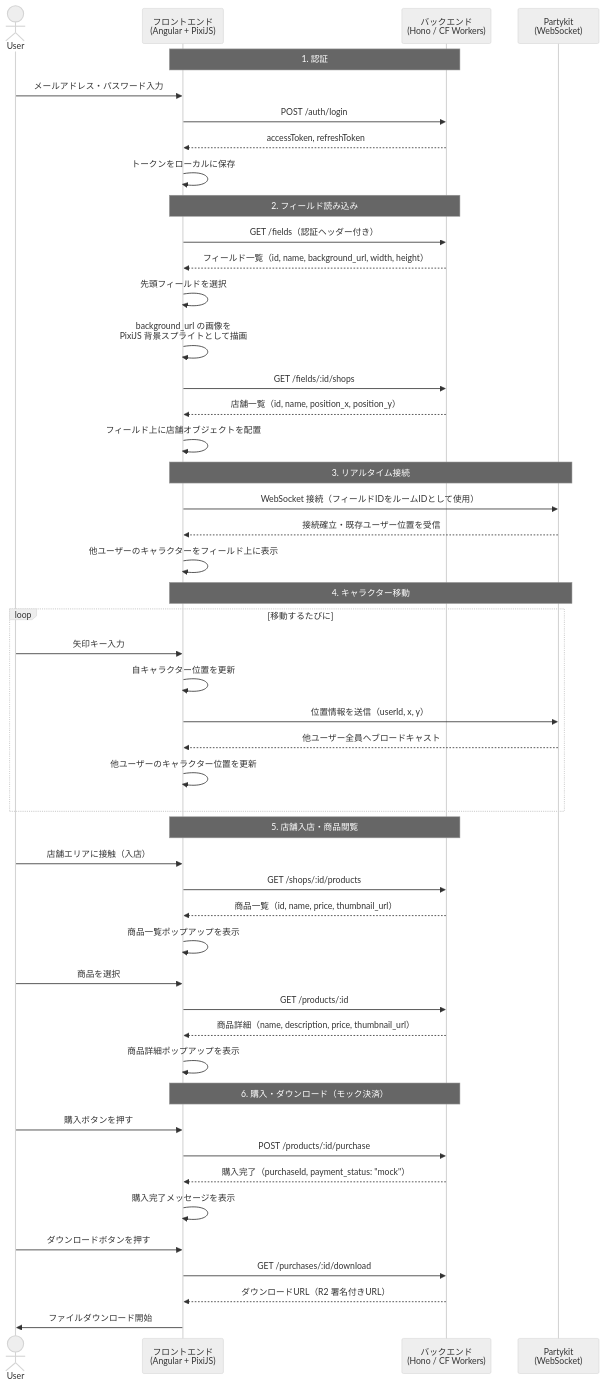
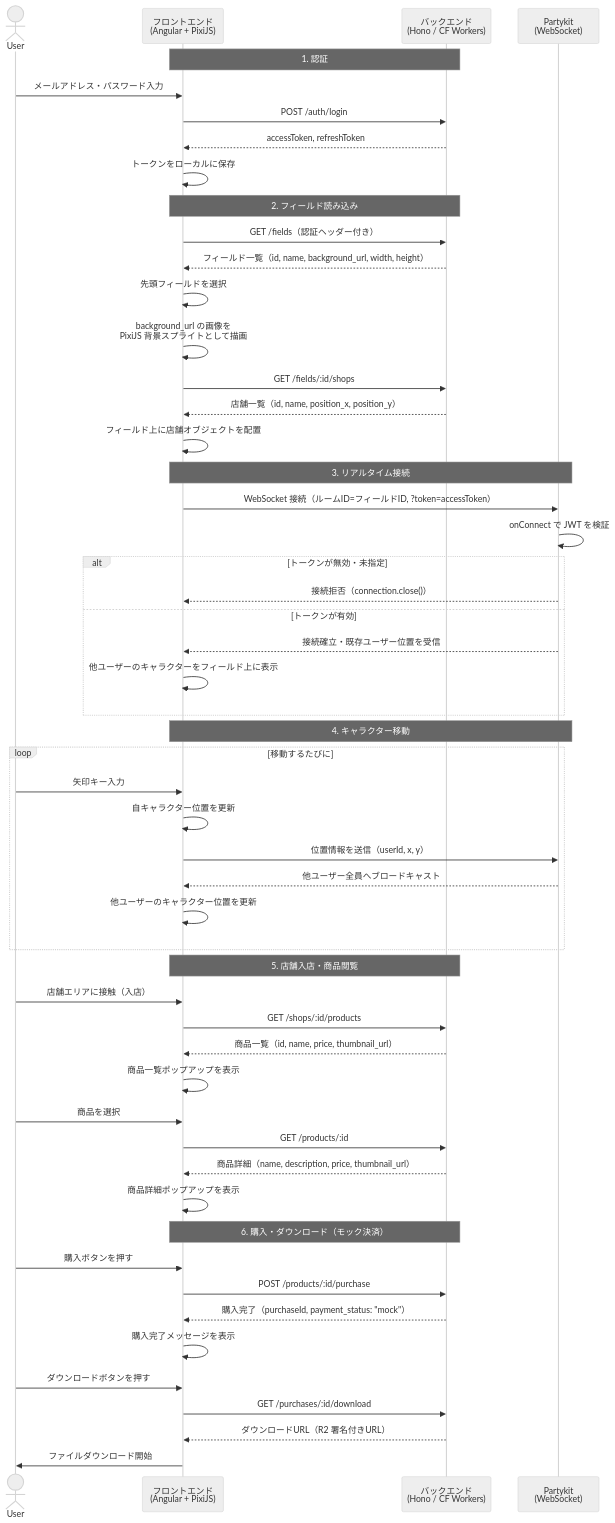
The diagram in docs/system-flow.md (study-basic-hackathon/kayaba-broadway), drawn with Mermaid (neutral theme) before and after one commit. The commit also changed other lines of this file, not shown here.

Commit message:
Partykitの認証方法に言及

````diff
--- a/docs/system-flow.md
+++ b/docs/system-flow.md
@@ -11,71 +11,76 @@
 ```mermaid
 sequenceDiagram
     actor User
     participant FE as フロントエンド<br>(Angular + PixiJS)
     participant BE as バックエンド<br>(Hono / CF Workers)
     participant PK as Partykit<br>(WebSocket)
 
     %% ─── 1. 認証 ───────────────────────────────────────
     Note over FE,BE: 1. 認証
 
     User->>FE: メールアドレス・パスワード入力
     FE->>BE: POST /auth/login
     BE-->>FE: accessToken, refreshToken
     FE->>FE: トークンをローカルに保存
 
     %% ─── 2. フィールド読み込み ──────────────────────────
     Note over FE,BE: 2. フィールド読み込み
 
     FE->>BE: GET /fields（認証ヘッダー付き）
     BE-->>FE: フィールド一覧（id, name, background_url, width, height）
     FE->>FE: 先頭フィールドを選択
     FE->>FE: background_url の画像を<br>PixiJS 背景スプライトとして描画
 
     FE->>BE: GET /fields/:id/shops
     BE-->>FE: 店舗一覧（id, name, position_x, position_y）
     FE->>FE: フィールド上に店舗オブジェクトを配置
 
     %% ─── 3. リアルタイム接続（Partykit）────────────────
     Note over FE,PK: 3. リアルタイム接続
 
-    FE->>PK: WebSocket 接続（フィールドIDをルームIDとして使用）
-    PK-->>FE: 接続確立・既存ユーザー位置を受信
-    FE->>FE: 他ユーザーのキャラクターをフィールド上に表示
+    FE->>PK: WebSocket 接続（ルームID=フィールドID, ?token=accessToken）
+    PK->>PK: onConnect で JWT を検証
+    alt トークンが無効・未指定
+        PK-->>FE: 接続拒否（connection.close()）
+    else トークンが有効
+        PK-->>FE: 接続確立・既存ユーザー位置を受信
+        FE->>FE: 他ユーザーのキャラクターをフィールド上に表示
+    end
 
     %% ─── 4. キャラクター移動 ────────────────────────────
     Note over FE,PK: 4. キャラクター移動
 
     loop 移動するたびに
         User->>FE: 矢印キー入力
         FE->>FE: 自キャラクター位置を更新
         FE->>PK: 位置情報を送信（userId, x, y）
         PK-->>FE: 他ユーザー全員へブロードキャスト
         FE->>FE: 他ユーザーのキャラクター位置を更新
     end
 
     %% ─── 5. 店舗入店・商品閲覧 ─────────────────────────
     Note over FE,BE: 5. 店舗入店・商品閲覧
 
     User->>FE: 店舗エリアに接触（入店）
     FE->>BE: GET /shops/:id/products
     BE-->>FE: 商品一覧（id, name, price, thumbnail_url）
     FE->>FE: 商品一覧ポップアップを表示
 
     User->>FE: 商品を選択
     FE->>BE: GET /products/:id
     BE-->>FE: 商品詳細（name, description, price, thumbnail_url）
     FE->>FE: 商品詳細ポップアップを表示
 
     %% ─── 6. 購入・ダウンロード ──────────────────────────
     Note over FE,BE: 6. 購入・ダウンロード（モック決済）
 
     User->>FE: 購入ボタンを押す
     FE->>BE: POST /products/:id/purchase
     BE-->>FE: 購入完了（purchaseId, payment_status: "mock"）
     FE->>FE: 購入完了メッセージを表示
 
     User->>FE: ダウンロードボタンを押す
     FE->>BE: GET /purchases/:id/download
     BE-->>FE: ダウンロードURL（R2 署名付きURL）
     FE->>User: ファイルダウンロード開始
 ```
````
